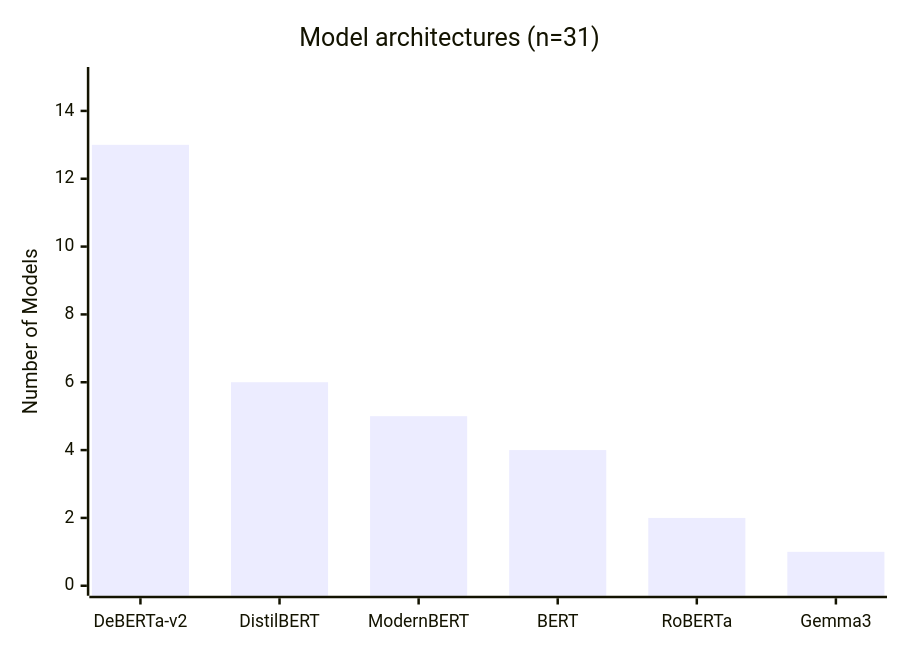
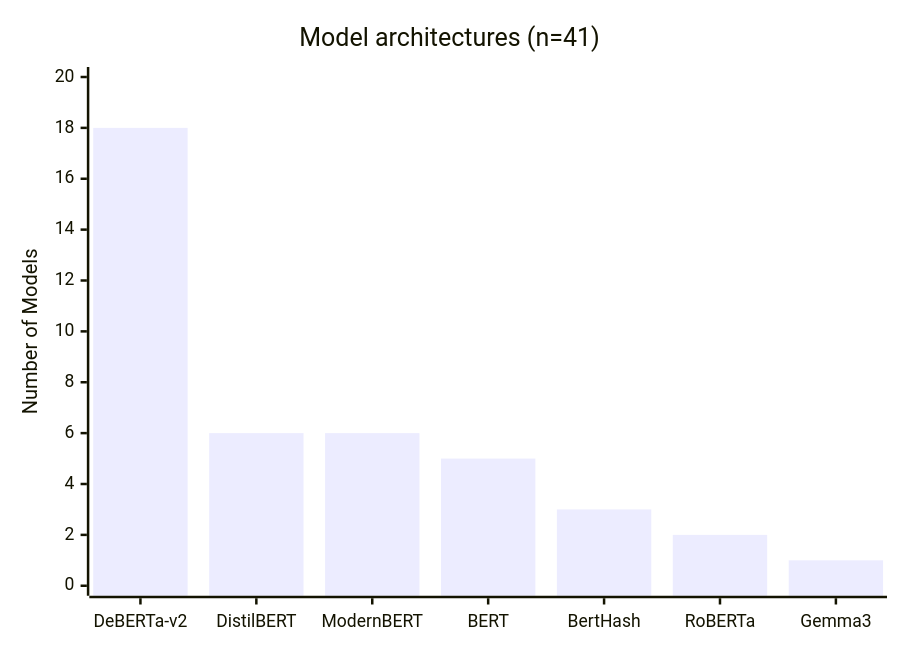
The third of 4 diagrams in src/content/blog/community/evaluating-prompt-injection.md (m-misiura/trustyai-blog), drawn with Mermaid before and after one commit. The commit also changed other lines of this file, not shown here.

````diff
--- a/src/content/blog/community/evaluating-prompt-injection.md
+++ b/src/content/blog/community/evaluating-prompt-injection.md
@@ -72,13 +72,13 @@
 ```mermaid
 ---
 config:
   themeVariables:
     xyChart:
       backgroundColor: "transparent"
 ---
 xychart-beta
-    title "Model architectures (n=31)"
-    x-axis ["DeBERTa-v2", "DistilBERT", "ModernBERT", "BERT", "RoBERTa", "Gemma3"]
-    y-axis "Number of Models" 0 --> 15
-    bar [13, 6, 5, 4, 2, 1]
+    title "Model architectures (n=41)"
+    x-axis ["DeBERTa-v2", "DistilBERT", "ModernBERT", "BERT", "BertHash", "RoBERTa", "Gemma3"]
+    y-axis "Number of Models" 0 --> 20
+    bar [18, 6, 6, 5, 3, 2, 1]
 ```
````
